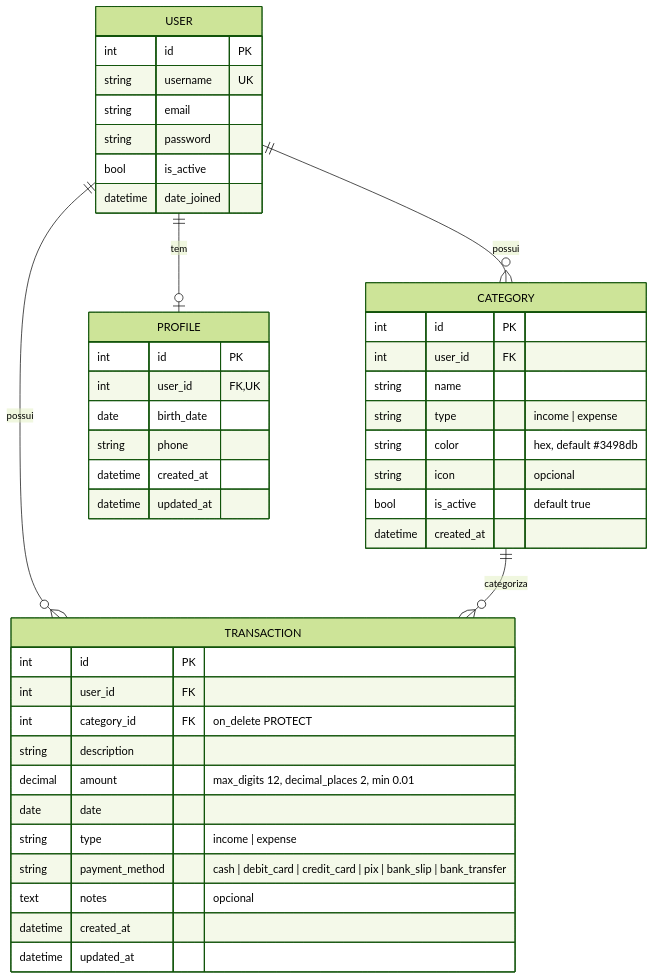
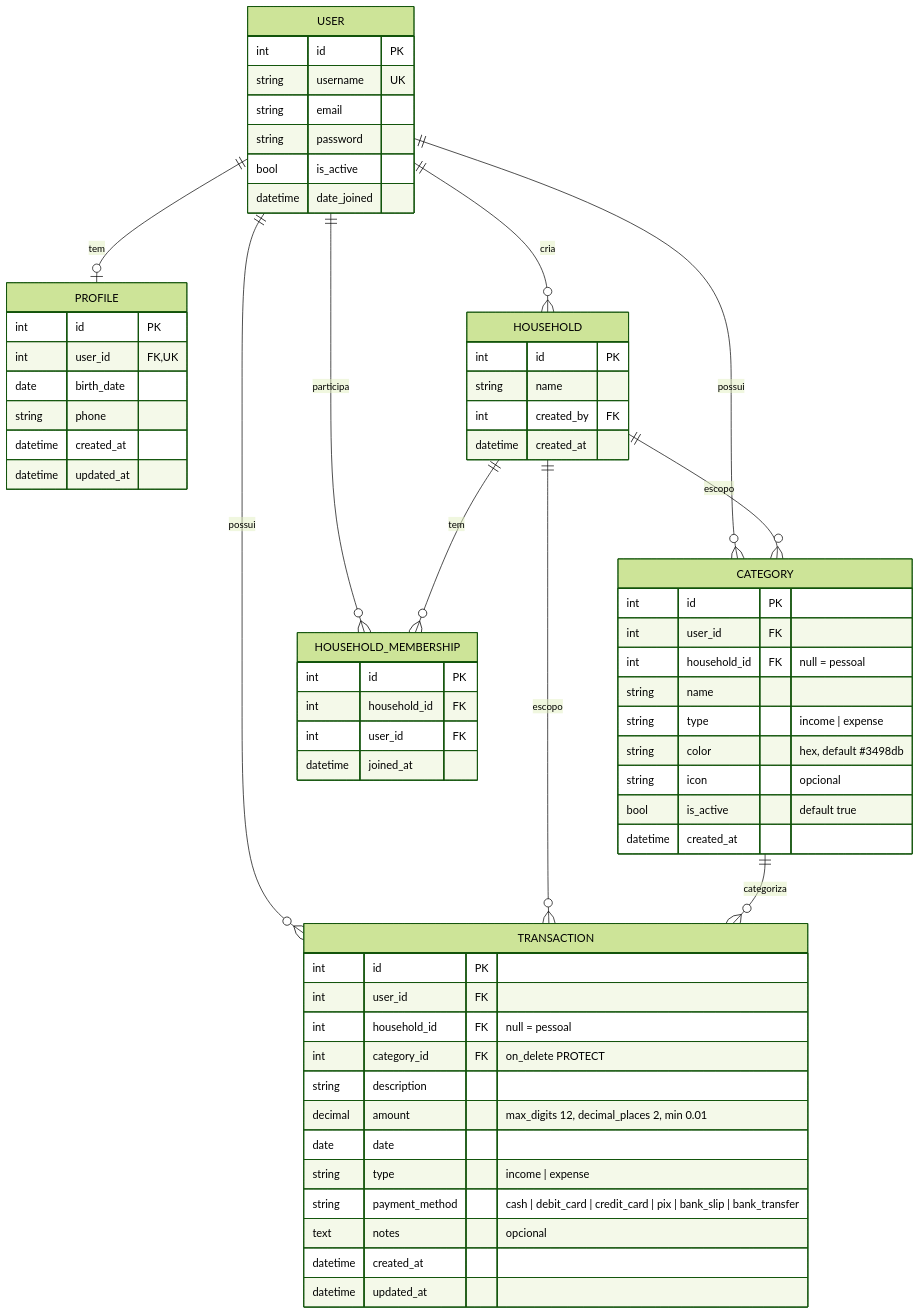
Before and after one commit to Jhonnyss3/emy: the third of 3 diagrams in PRD.md, drawn with Mermaid (forest theme). The commit also changed other lines of this file and 5 other files, not shown here.

````diff
--- a/PRD.md
+++ b/PRD.md
@@ -322,50 +353,71 @@
 ```mermaid
 erDiagram
     USER ||--o{ CATEGORY : "possui"
     USER ||--o{ TRANSACTION : "possui"
     USER ||--o| PROFILE : "tem"
+    USER ||--o{ HOUSEHOLD : "cria"
+    USER ||--o{ HOUSEHOLD_MEMBERSHIP : "participa"
+    HOUSEHOLD ||--o{ HOUSEHOLD_MEMBERSHIP : "tem"
+    HOUSEHOLD ||--o{ CATEGORY : "escopo"
+    HOUSEHOLD ||--o{ TRANSACTION : "escopo"
     CATEGORY ||--o{ TRANSACTION : "categoriza"
 
     USER {
         int id PK
         string username UK
         string email
         string password
         bool is_active
         datetime date_joined
     }
 
     PROFILE {
         int id PK
         int user_id FK,UK
         date birth_date
         string phone
         datetime created_at
         datetime updated_at
     }
 
+    HOUSEHOLD {
+        int id PK
+        string name
+        int created_by FK
+        datetime created_at
+    }
+
+    HOUSEHOLD_MEMBERSHIP {
+        int id PK
+        int household_id FK
+        int user_id FK
+        datetime joined_at
+    }
+
     CATEGORY {
         int id PK
         int user_id FK
+        int household_id FK "null = pessoal"
         string name
         string type "income | expense"
         string color "hex, default #3498db"
         string icon "opcional"
         bool is_active "default true"
         datetime created_at
     }
 
     TRANSACTION {
         int id PK
         int user_id FK
+        int household_id FK "null = pessoal"
         int category_id FK "on_delete PROTECT"
         string description
         decimal amount "max_digits 12, decimal_places 2, min 0.01"
         date date
         string type "income | expense"
         string payment_method "cash | debit_card | credit_card | pix | bank_slip | bank_transfer"
         text notes "opcional"
         datetime created_at
         datetime updated_at
     }
 ```
````
